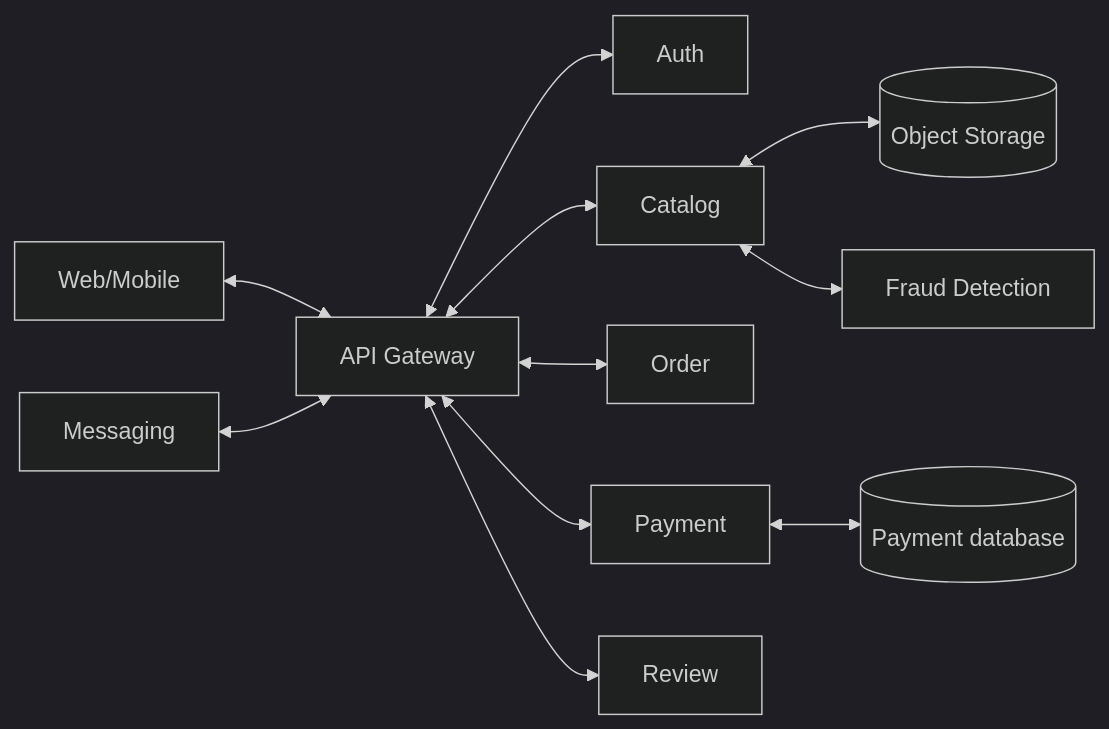
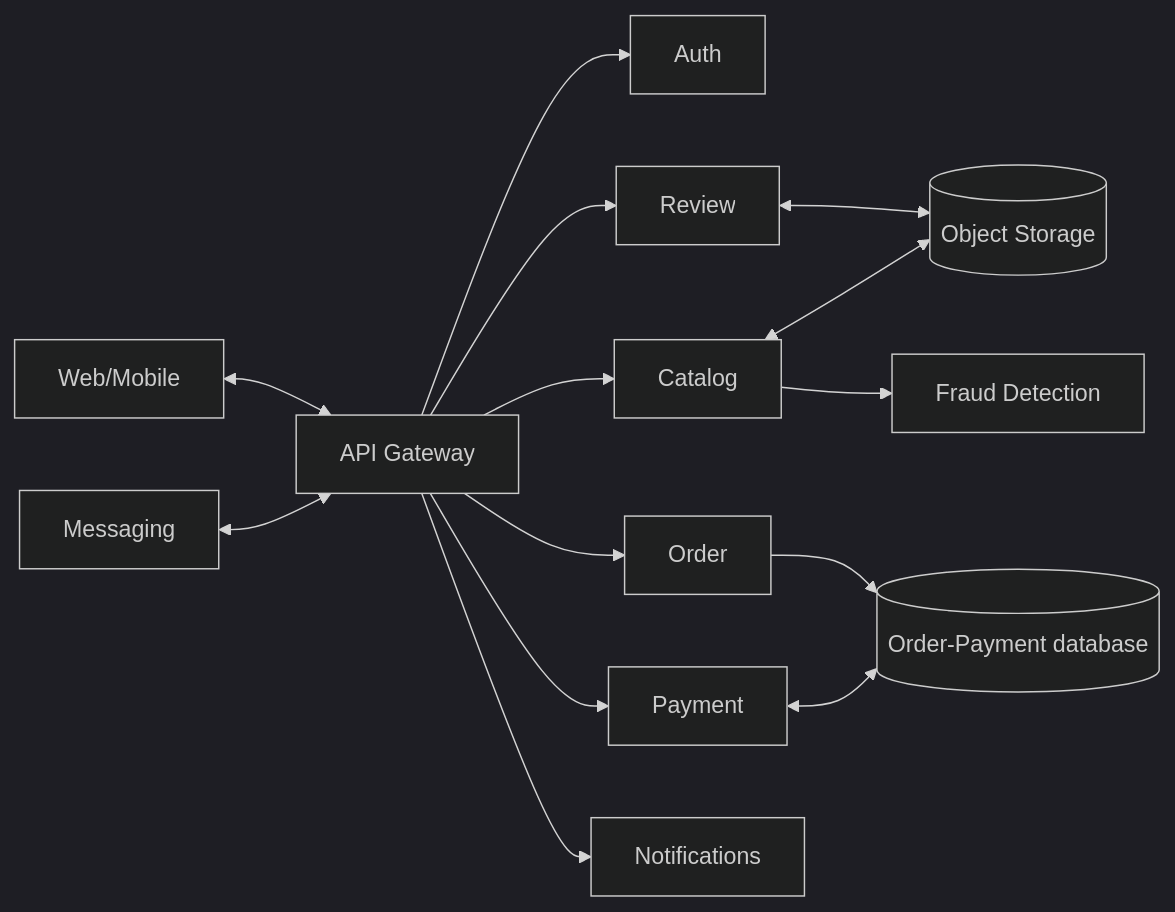
One commit to sinitsina098-hash/new-catalog changed the diagram in arkhitekturnoe-kata-prakticheskoe-rukovodstv/5-mini-marketpleys/arkhitekturnoe-kata-3.mermaid. Above: the diagram before and after it, drawn with Mermaid (dark theme). The commit also changed 1 other file, not shown here.

```diff
--- a/arkhitekturnoe-kata-prakticheskoe-rukovodstv/5-mini-marketpleys/arkhitekturnoe-kata-3.mermaid
+++ b/arkhitekturnoe-kata-prakticheskoe-rukovodstv/5-mini-marketpleys/arkhitekturnoe-kata-3.mermaid
@@ -1,24 +1,28 @@
 flowchart LR
 Client[Web/Mobile]
 API[API Gateway]
 Auth[Auth]
 Catalog[Catalog]
 Order[Order]
 Payment[Payment]
-PaymentDB[(Payment database)]
+PaymentDB[(Order-Payment database)]
 Msg[Messaging]
 Review[Review]
 Fraud[Fraud Detection]
 Storage[(Object Storage)]
+Notification[Notifications]
 
 
 Client <--> API
-API <--> Auth
-API <--> Catalog
-API <--> Order
-API <--> Review
-API <--> Payment
+API --> Auth
+API --> Review
+API --> Catalog
+API --> Order
+API --> Payment
+API --> Notification
 Payment <--> PaymentDB
 Catalog <--> Storage
-Catalog <--> Fraud
+Review <--> Storage
+Order --> PaymentDB
+Catalog --> Fraud
 Msg <--> API
```
